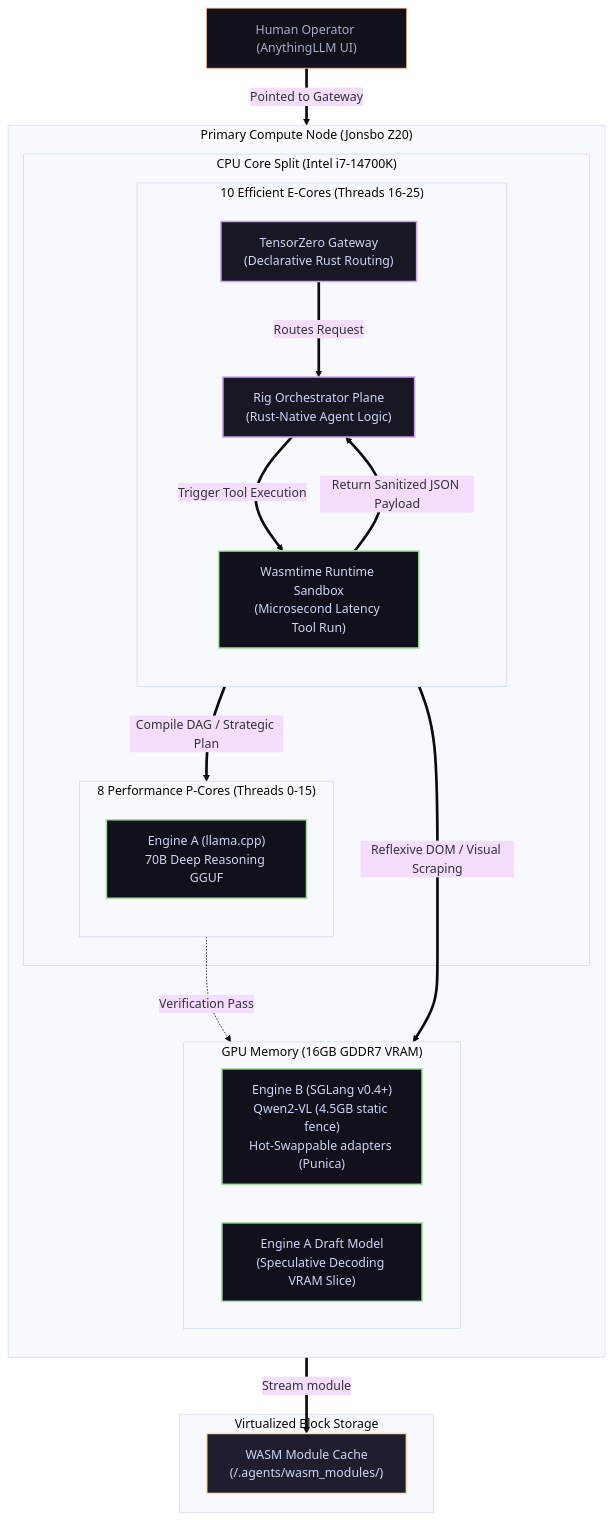
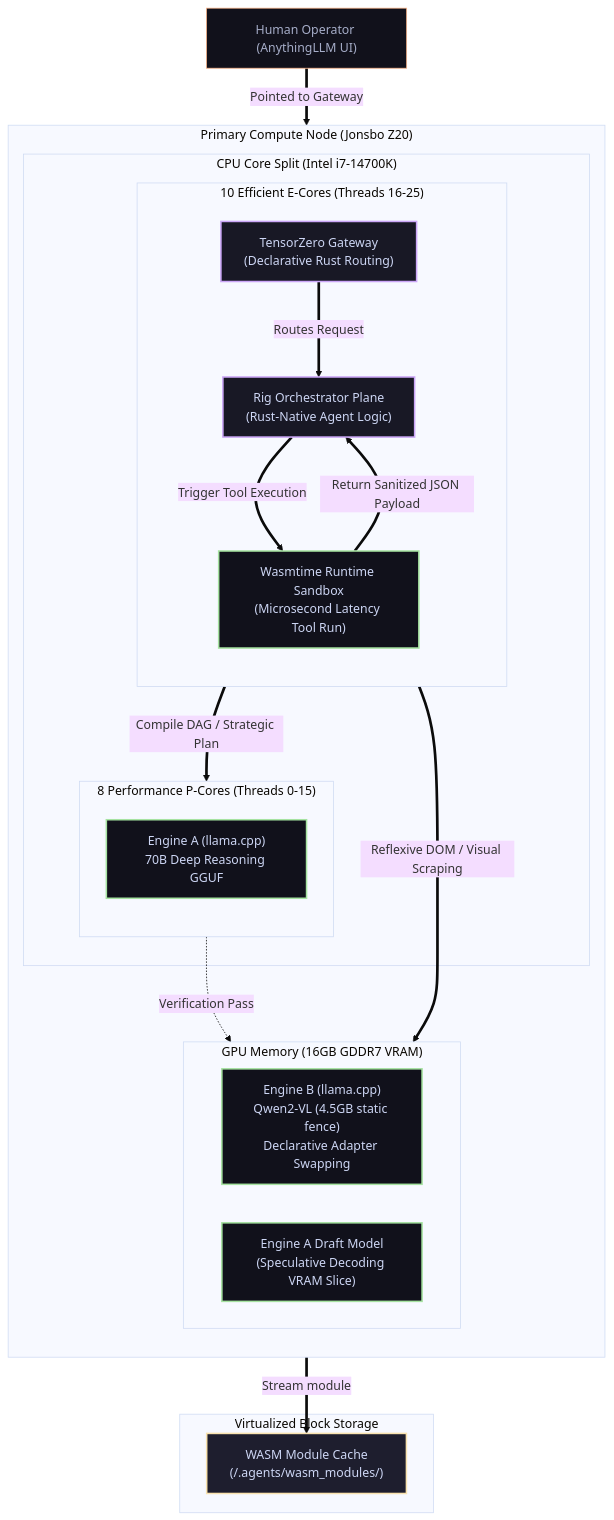
The diagram in docs/08. Agent Workflows & UI Layer.md (foersben/janus-synapse-edge), drawn with Mermaid (base theme) before and after one commit. The commit also changed other lines of this file and 8 other files, not shown here.

````diff
--- a/docs/08. Agent Workflows & UI Layer.md
+++ b/docs/08. Agent Workflows & UI Layer.md
@@ -22,53 +22,53 @@
 ```mermaid
 flowchart TD
     %% Styling Definitions
     classDef hardware fill:#181825,stroke:#89b4fa,stroke-width:2px,color:#cdd6f4
     classDef virtual fill:#11111b,stroke:#a6e3a1,stroke-width:2px,color:#cdd6f4
     classDef runtime fill:#181825,stroke:#cba6f7,stroke-width:2px,color:#cdd6f4
     classDef memory fill:#1e1e2e,stroke:#f9e2af,stroke-width:2px,color:#cdd6f4
     classDef switch fill:#11111b,stroke:#fab387,stroke-width:1px,color:#a6adc8
 
     User["Human Operator (AnythingLLM UI)"]:::switch
 
     subgraph ComputeNode["Primary Compute Node (Jonsbo Z20)"]
         direction TB
 
         subgraph CoreAllocation["CPU Core Split (Intel i7-14700K)"]
             subgraph E_Cores["10 Efficient E-Cores (Threads 16-25)"]
                 direction TB
                 TZGateway["TensorZero Gateway<br/>(Declarative Rust Routing)"]:::runtime
                 RigEngine["Rig Orchestrator Plane<br/>(Rust-Native Agent Logic)"]:::runtime
                 Wasmtime["Wasmtime Runtime Sandbox<br/>(Microsecond Latency Tool Run)"]:::virtual
             end
 
             subgraph P_Cores["8 Performance P-Cores (Threads 0-15)"]
                 direction TB
                 EngineA["Engine A (llama.cpp)<br/>70B Deep Reasoning GGUF"]:::virtual
             end
         end
 
         subgraph BlackwellVRAM["GPU Memory (16GB GDDR7 VRAM)"]
             direction LR
-            EngineB["Engine B (SGLang v0.4+)<br/>Qwen2-VL (4.5GB static fence)<br/>Hot-Swappable adapters (Punica)"]:::virtual
+            EngineB["Engine B (llama.cpp)<br/>Qwen2-VL (4.5GB static fence)<br/>Declarative Adapter Swapping"]:::virtual
             EngineA_VRAM["Engine A Draft Model<br/>(Speculative Decoding VRAM Slice)"]:::virtual
         end
     end
 
     subgraph LocalDisk["Virtualized Block Storage"]
         WASM_Dir["WASM Module Cache<br/>(/.agents/wasm_modules/)"]:::memory
     end
 
     %% Interactions and logic flow
     User ==>|"Pointed to Gateway"| TZGateway
     TZGateway ==>|"Routes Request"| RigEngine
 
     RigEngine ==>|"Compile DAG / Strategic Plan"| EngineA
     RigEngine ==>|"Reflexive DOM / Visual Scraping"| EngineB
     RigEngine ==>|"Trigger Tool Execution"| Wasmtime
 
     Wasmtime ==>|"Stream module"| WASM_Dir
     Wasmtime ==>|"Return Sanitized JSON Payload"| RigEngine
 
     %% Speculative decoding CPU/GPU link
     EngineA -. "Verification Pass" .-> EngineA_VRAM
 ```
````
